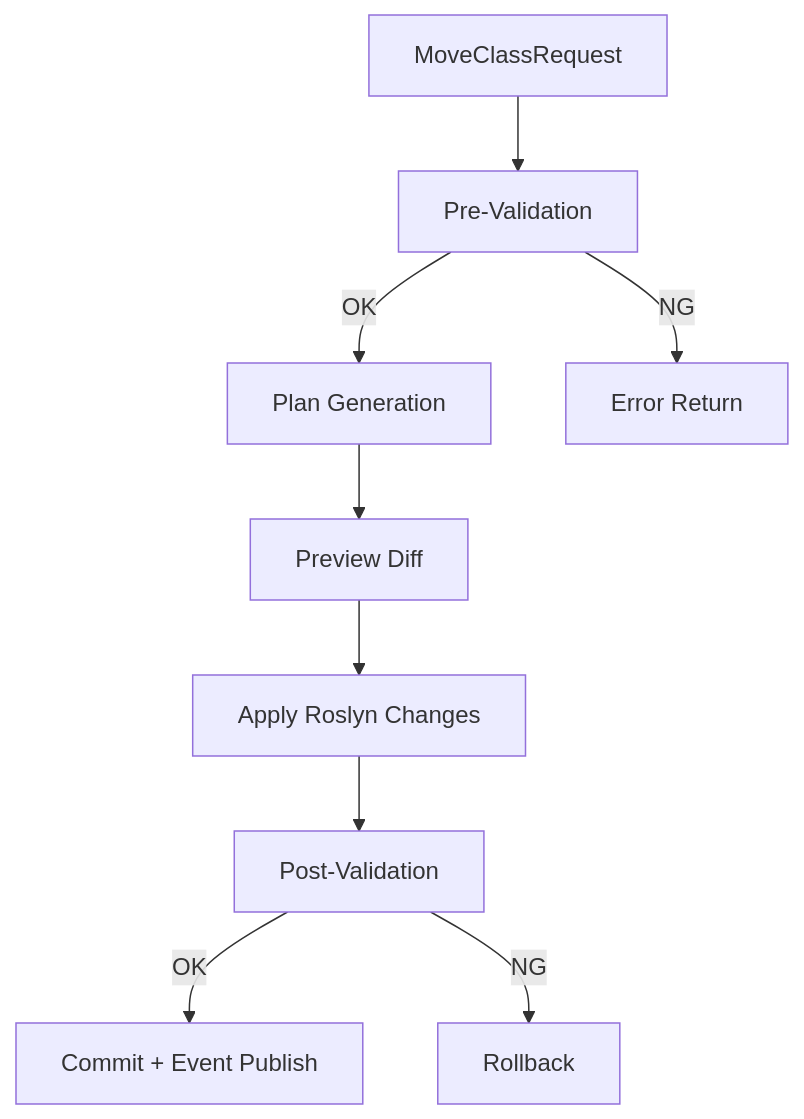
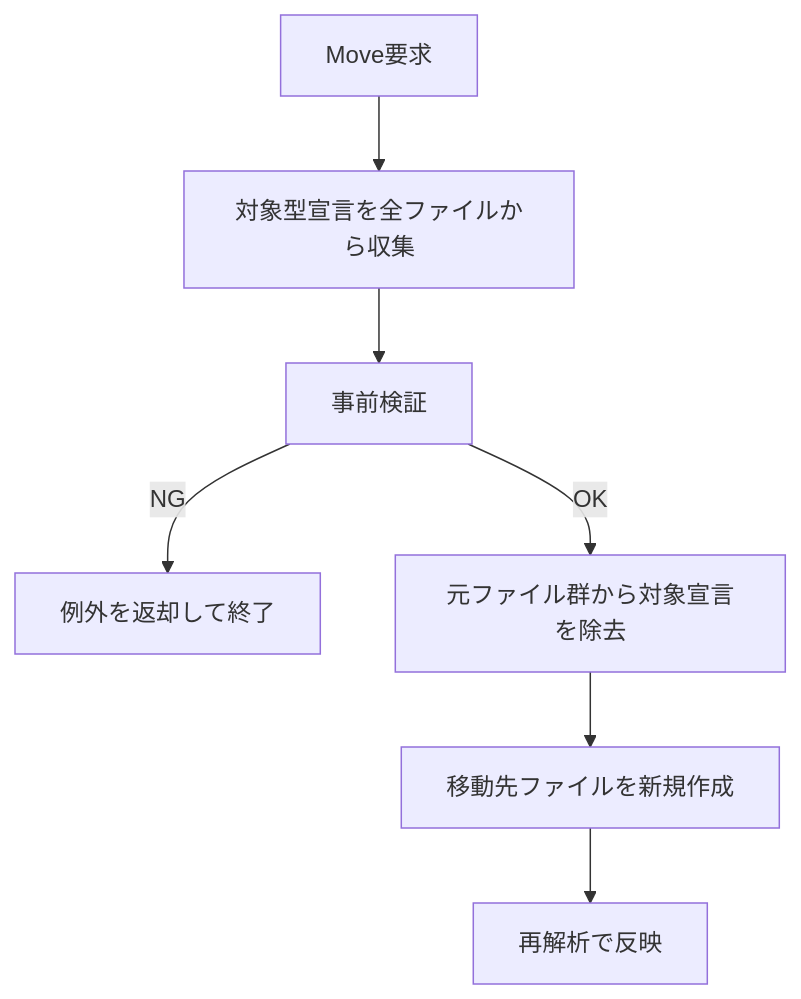
The diagram in docs/design/refactor-move-class-spec.md (natumekazuki/DepSphere), drawn with Mermaid before and after one commit. The commit also changed other lines of this file and 4 other files, not shown here.

````diff
--- a/docs/design/refactor-move-class-spec.md
+++ b/docs/design/refactor-move-class-spec.md
@@ -43,11 +19,9 @@
 ```mermaid
 flowchart TD
-  A[MoveClassRequest] --> B[Pre-Validation]
-  B -->|OK| C[Plan Generation]
-  B -->|NG| X[Error Return]
-  C --> D[Preview Diff]
-  D --> E[Apply Roslyn Changes]
-  E --> F[Post-Validation]
-  F -->|OK| G[Commit + Event Publish]
-  F -->|NG| H[Rollback]
+  A[Move要求] --> B[対象型宣言を全ファイルから収集]
+  B --> C[事前検証]
+  C -->|NG| X[例外を返却して終了]
+  C -->|OK| D[元ファイル群から対象宣言を除去]
+  D --> E[移動先ファイルを新規作成]
+  E --> F[再解析で反映]
 ```
````
